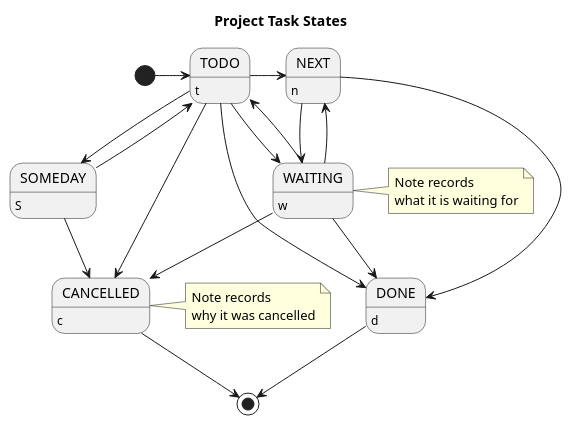
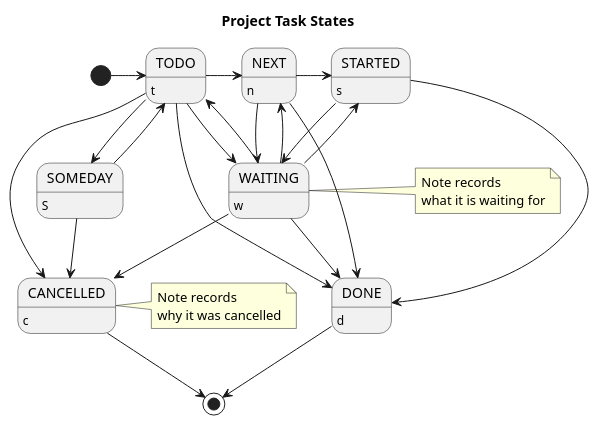
One commit to byronsanchez/org-mode-doc changed the second of 9 diagrams in org-mode.org. Above: the diagram before and after it, drawn with PlantUML. The commit also changed other lines of this file, not shown here.

First line of the commit message:
Resurrect the STARTED keyword

```diff
--- a/org-mode.org
+++ b/org-mode.org
@@ -440,34 +448,39 @@
 #+begin_src plantuml :file task_states.png
 title Project Task States
 [*] -> TODO
 TODO -> NEXT
+NEXT -> STARTED
 NEXT -> DONE
+STARTED -> DONE
 DONE -> [*]
 TODO --> WAITING
+WAITING --> TODO
 SOMEDAY --> CANCELLED
-SOMEDAY --> TODO
 NEXT --> WAITING
 WAITING --> NEXT
-WAITING --> TODO
+STARTED --> WAITING
+WAITING --> STARTED
 WAITING --> CANCELLED
 TODO --> DONE
 CANCELLED --> [*]
 TODO --> SOMEDAY
+SOMEDAY --> TODO
 TODO --> CANCELLED
 '[*] --> PHONE
 'PHONE --> [*]
 '[*] --> OPEN
 'OPEN --> CLOSED
 'CLOSED --> [*]
 TODO: t
 NEXT: n
+STARTED: s
 DONE: d
 WAITING:w
 note right of WAITING: Note records\nwhat it is waiting for
 SOMEDAY:S
 note right of CANCELLED: Note records\nwhy it was cancelled
 CANCELLED:c
 'OPEN:O
 'CLOSED:C
 WAITING --> DONE
 #+end_src
```
